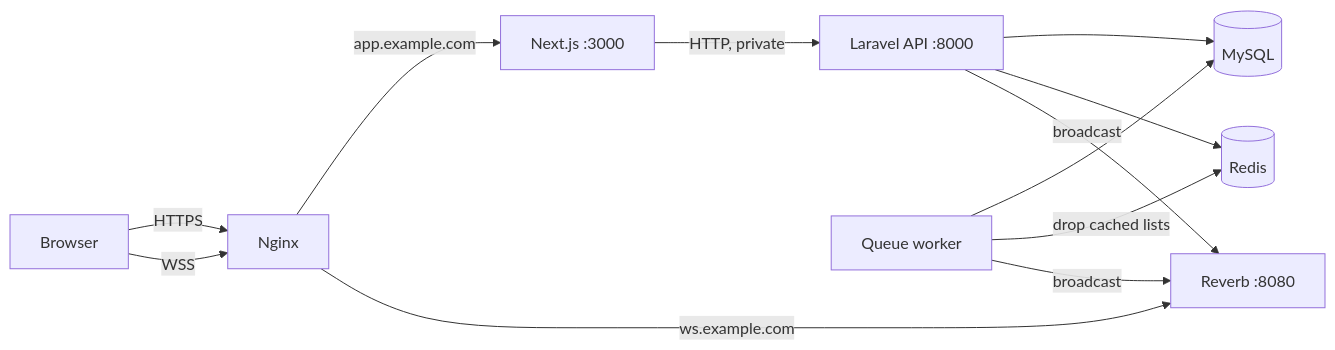
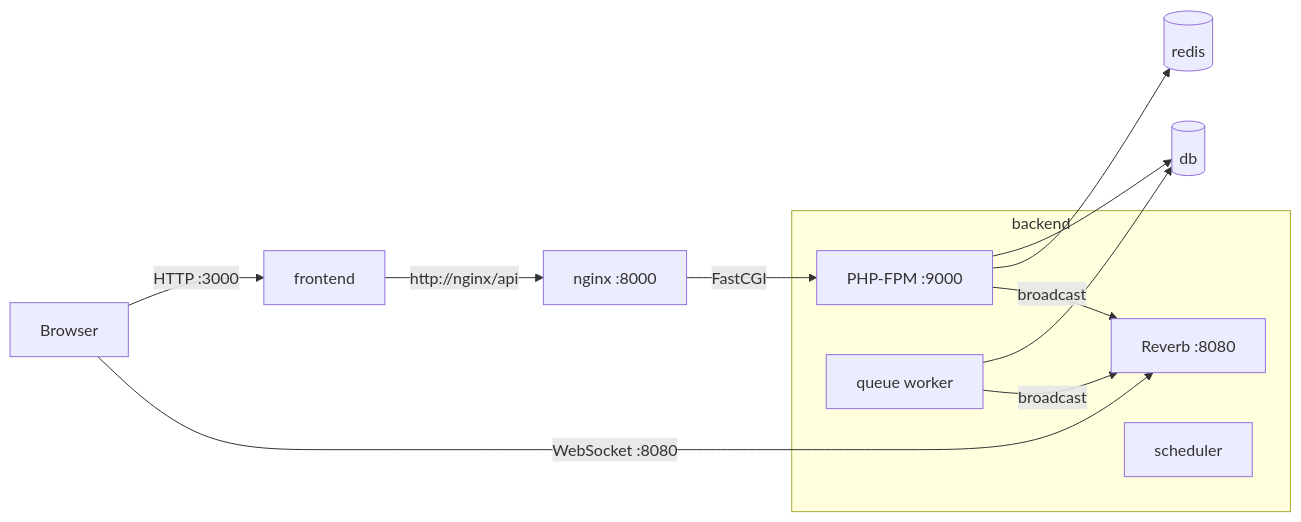
One commit to hrndbrs/task-management changed the diagram in documentation/deployment.md. Above: the diagram before and after it, drawn with Mermaid. The commit also changed other lines of this file and 5 other files, not shown here.

````diff
--- a/documentation/deployment.md
+++ b/documentation/deployment.md
@@ -19,14 +23,18 @@
 ```mermaid
 flowchart LR
-    Browser -- "HTTPS" --> Nginx
-    Browser -- "WSS" --> Nginx
-    Nginx -- "app.example.com" --> Next["Next.js :3000"]
-    Nginx -- "ws.example.com" --> Reverb["Reverb :8080"]
-    Next -- "HTTP, private" --> API["Laravel API :8000"]
-    API --> MySQL[(MySQL)]
-    API --> Redis[(Redis)]
-    Worker["Queue worker"] --> MySQL
-    Worker -- "drop cached lists" --> Redis
+    Browser -- "HTTP :3000" --> Frontend["frontend"]
+    Browser -- "WebSocket :8080" --> Reverb
+    Frontend -- "http://nginx/api" --> Nginx["nginx :8000"]
+    subgraph Backend["backend"]
+        FPM["PHP-FPM :9000"]
+        Worker["queue worker"]
+        Scheduler["scheduler"]
+        Reverb["Reverb :8080"]
+    end
+    Nginx -- "FastCGI" --> FPM
+    FPM --> DB[(db)]
+    FPM --> Redis[(redis)]
+    Worker --> DB
+    FPM -- "broadcast" --> Reverb
     Worker -- "broadcast" --> Reverb
-    API -- "broadcast" --> Reverb
 ```
````
